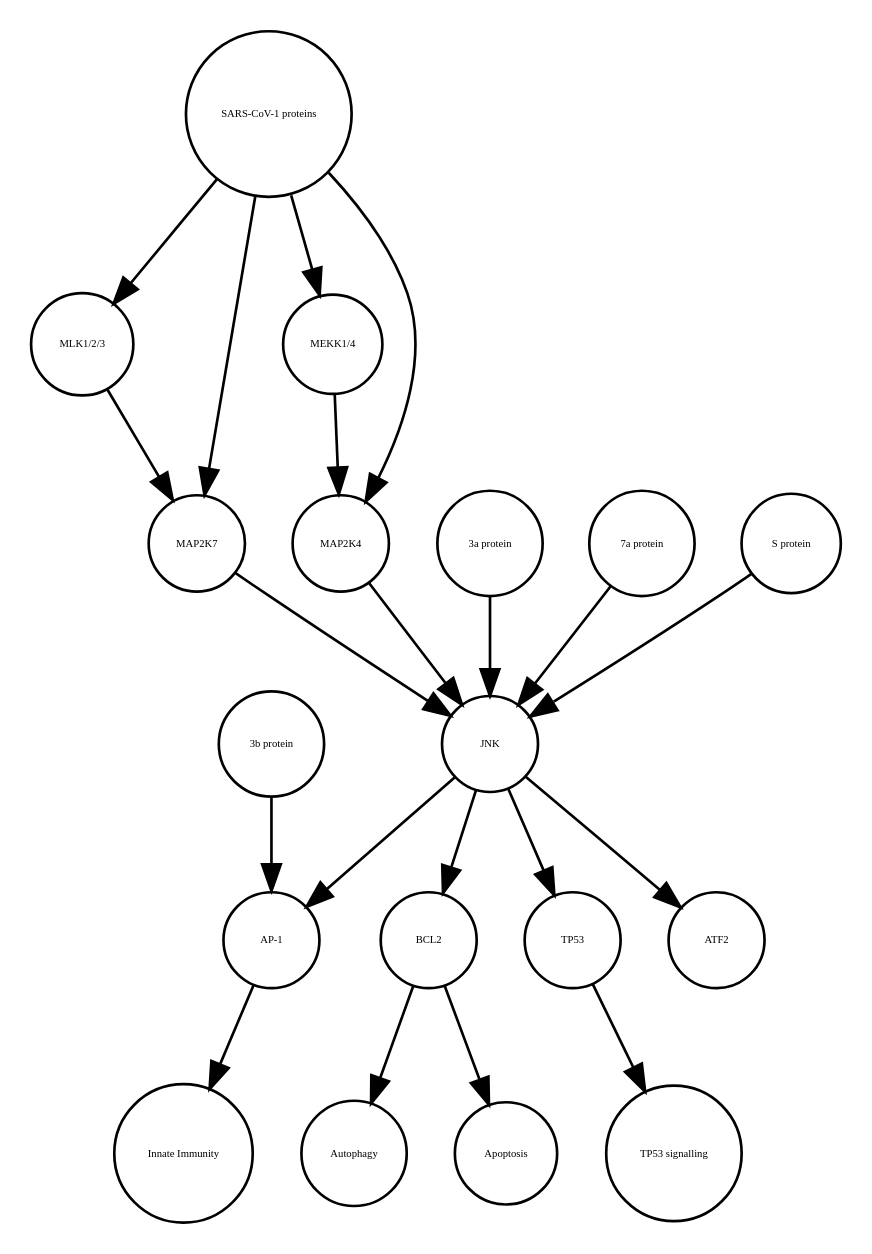
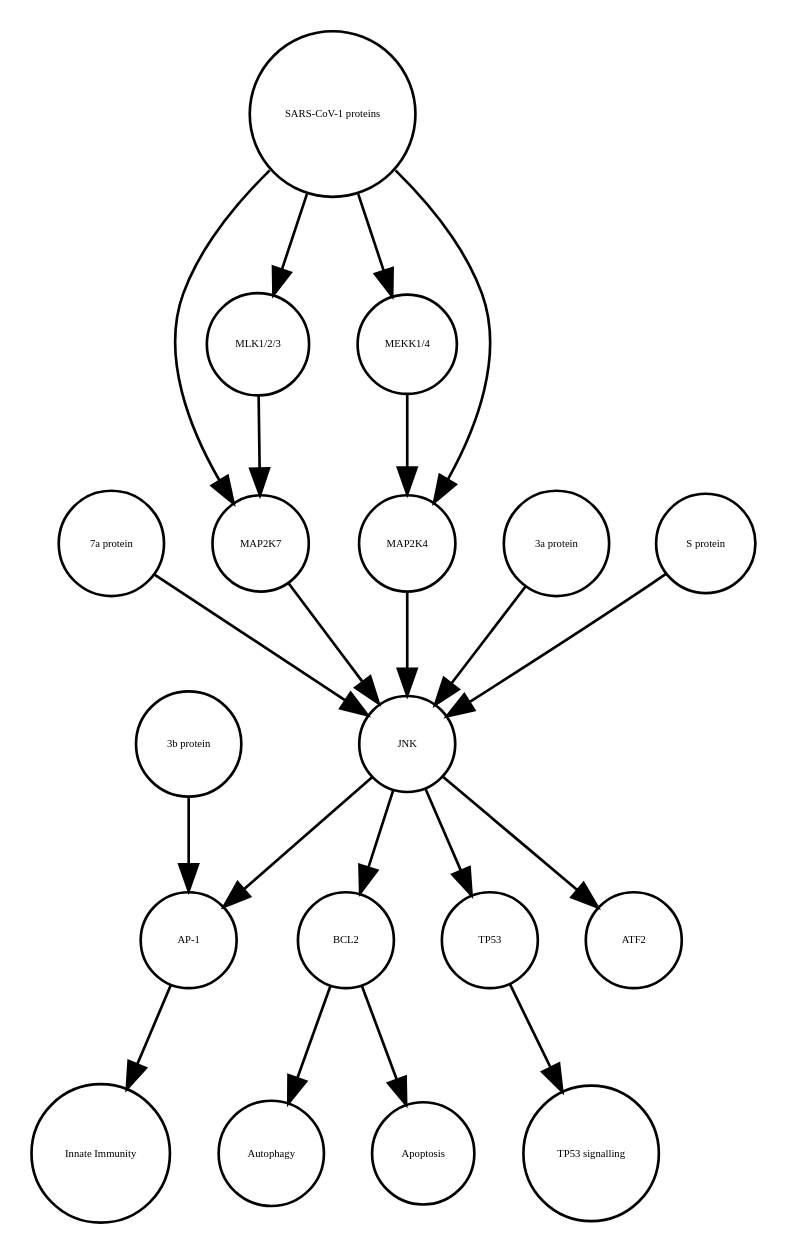
The diagram in JNK_pathway_v2.1.xml_projected.dot (cannin/covid19-sbgn), drawn with Graphviz before and after one commit. The commit also changed other lines of this file and 637 other files, not shown here.

```diff
--- a/JNK_pathway_v2.1.xml_projected.dot
+++ b/JNK_pathway_v2.1.xml_projected.dot
@@ -1,40 +1,40 @@
 strict digraph  {
 BCL2 [annotation=urn_miriam_uniprot_P10415, bipartite=0, cls=macromolecule, fontsize=4, label=BCL2, shape=circle];
 Autophagy [annotation="", bipartite=0, cls=phenotype, fontsize=4, label=Autophagy, shape=circle];
 "AP-1" [annotation="", bipartite=0, cls=complex, fontsize=4, label="AP-1", shape=circle];
 "Innate Immunity" [annotation="", bipartite=0, cls=phenotype, fontsize=4, label="Innate Immunity", shape=circle];
 TP53 [annotation=urn_miriam_uniprot_P04637, bipartite=0, cls=macromolecule, fontsize=4, label=TP53, shape=circle];
 "TP53 signalling" [annotation="", bipartite=0, cls=phenotype, fontsize=4, label="TP53 signalling", shape=circle];
 Apoptosis [annotation="", bipartite=0, cls=phenotype, fontsize=4, label=Apoptosis, shape=circle];
+"7a protein" [annotation="", bipartite=0, cls=macromolecule, fontsize=4, label="7a protein", shape=circle];
+MAP2K7 [annotation=urn_miriam_uniprot_O14733, bipartite=0, cls=macromolecule, fontsize=4, label=MAP2K7, shape=circle];
+"MEKK1/4" [annotation="", bipartite=0, cls=complex, fontsize=4, label="MEKK1/4", shape=circle];
+"3a protein" [annotation="", bipartite=0, cls=macromolecule, fontsize=4, label="3a protein", shape=circle];
+"SARS-CoV-1 proteins" [annotation="", bipartite=0, cls=complex, fontsize=4, label="SARS-CoV-1 proteins", shape=circle];
+MAP2K4 [annotation=urn_miriam_uniprot_P45985, bipartite=0, cls=macromolecule, fontsize=4, label=MAP2K4, shape=circle];
+"S protein" [annotation="", bipartite=0, cls=macromolecule, fontsize=4, label="S protein", shape=circle];
 "MLK1/2/3" [annotation="", bipartite=0, cls=complex, fontsize=4, label="MLK1/2/3", shape=circle];
 ATF2 [annotation=urn_miriam_uniprot_P15336, bipartite=0, cls=macromolecule, fontsize=4, label=ATF2, shape=circle];
-MAP2K7 [annotation=urn_miriam_uniprot_O14733, bipartite=0, cls=macromolecule, fontsize=4, label=MAP2K7, shape=circle];
-"3a protein" [annotation="", bipartite=0, cls=macromolecule, fontsize=4, label="3a protein", shape=circle];
-"7a protein" [annotation="", bipartite=0, cls=macromolecule, fontsize=4, label="7a protein", shape=circle];
-"MEKK1/4" [annotation="", bipartite=0, cls=complex, fontsize=4, label="MEKK1/4", shape=circle];
 "3b protein" [annotation="", bipartite=0, cls=macromolecule, fontsize=4, label="3b protein", shape=circle];
-MAP2K4 [annotation=urn_miriam_uniprot_P45985, bipartite=0, cls=macromolecule, fontsize=4, label=MAP2K4, shape=circle];
-"S protein" [annotation="", bipartite=0, cls=macromolecule, fontsize=4, label="S protein", shape=circle];
 JNK [annotation="", bipartite=0, cls=complex, fontsize=4, label=JNK, shape=circle];
-"SARS-CoV-1 proteins" [annotation="", bipartite=0, cls=complex, fontsize=4, label="SARS-CoV-1 proteins", shape=circle];
 BCL2 -> Autophagy  [annotation="", interaction_type="necessary stimulation"];
 BCL2 -> Apoptosis  [annotation="", interaction_type=inhibition];
 "AP-1" -> "Innate Immunity"  [annotation="", interaction_type="necessary stimulation"];
 TP53 -> "TP53 signalling"  [annotation="", interaction_type="necessary stimulation"];
-"MLK1/2/3" -> MAP2K7  [annotation="urn_miriam_pubmed_31226023|urn_miriam_taxonomy_694009", interaction_type=stimulation];
+"7a protein" -> JNK  [annotation=urn_miriam_pubmed_17141229, interaction_type=stimulation];
 MAP2K7 -> JNK  [annotation=urn_miriam_pubmed_17141229, interaction_type=stimulation];
+"MEKK1/4" -> MAP2K4  [annotation="urn_miriam_pubmed_31226023|urn_miriam_taxonomy_694009", interaction_type=stimulation];
 "3a protein" -> JNK  [annotation=urn_miriam_pubmed_17141229, interaction_type=stimulation];
-"7a protein" -> JNK  [annotation=urn_miriam_pubmed_17141229, interaction_type=stimulation];
-"MEKK1/4" -> MAP2K4  [annotation="urn_miriam_pubmed_31226023|urn_miriam_taxonomy_694009", interaction_type=stimulation];
-"3b protein" -> "AP-1"  [annotation=urn_miriam_pubmed_21561061, interaction_type=stimulation];
+"SARS-CoV-1 proteins" -> MAP2K7  [annotation="urn_miriam_pubmed_31226023|urn_miriam_taxonomy_694009", interaction_type=stimulation];
+"SARS-CoV-1 proteins" -> MAP2K4  [annotation="urn_miriam_pubmed_31226023|urn_miriam_taxonomy_694009", interaction_type=stimulation];
+"SARS-CoV-1 proteins" -> "MLK1/2/3"  [annotation="urn_miriam_taxonomy_694009|urn_miriam_pubmed_31226023", interaction_type=stimulation];
+"SARS-CoV-1 proteins" -> "MEKK1/4"  [annotation="urn_miriam_pubmed_31226023|urn_miriam_taxonomy_694009", interaction_type=stimulation];
 MAP2K4 -> JNK  [annotation=urn_miriam_pubmed_17141229, interaction_type=stimulation];
 "S protein" -> JNK  [annotation=urn_miriam_pubmed_17267381, interaction_type=stimulation];
+"MLK1/2/3" -> MAP2K7  [annotation="urn_miriam_pubmed_31226023|urn_miriam_taxonomy_694009", interaction_type=stimulation];
+"3b protein" -> "AP-1"  [annotation=urn_miriam_pubmed_21561061, interaction_type=stimulation];
+JNK -> TP53  [annotation="", interaction_type=stimulation];
 JNK -> "AP-1"  [annotation=urn_miriam_pubmed_21561061, interaction_type=stimulation];
 JNK -> ATF2  [annotation="", interaction_type=stimulation];
-JNK -> TP53  [annotation="", interaction_type=stimulation];
 JNK -> BCL2  [annotation=urn_miriam_pubmed_10567572, interaction_type=stimulation];
-"SARS-CoV-1 proteins" -> "MEKK1/4"  [annotation="urn_miriam_pubmed_31226023|urn_miriam_taxonomy_694009", interaction_type=stimulation];
-"SARS-CoV-1 proteins" -> MAP2K7  [annotation="urn_miriam_pubmed_31226023|urn_miriam_taxonomy_694009", interaction_type=stimulation];
-"SARS-CoV-1 proteins" -> "MLK1/2/3"  [annotation="urn_miriam_taxonomy_694009|urn_miriam_pubmed_31226023", interaction_type=stimulation];
-"SARS-CoV-1 proteins" -> MAP2K4  [annotation="urn_miriam_pubmed_31226023|urn_miriam_taxonomy_694009", interaction_type=stimulation];
 }
```
